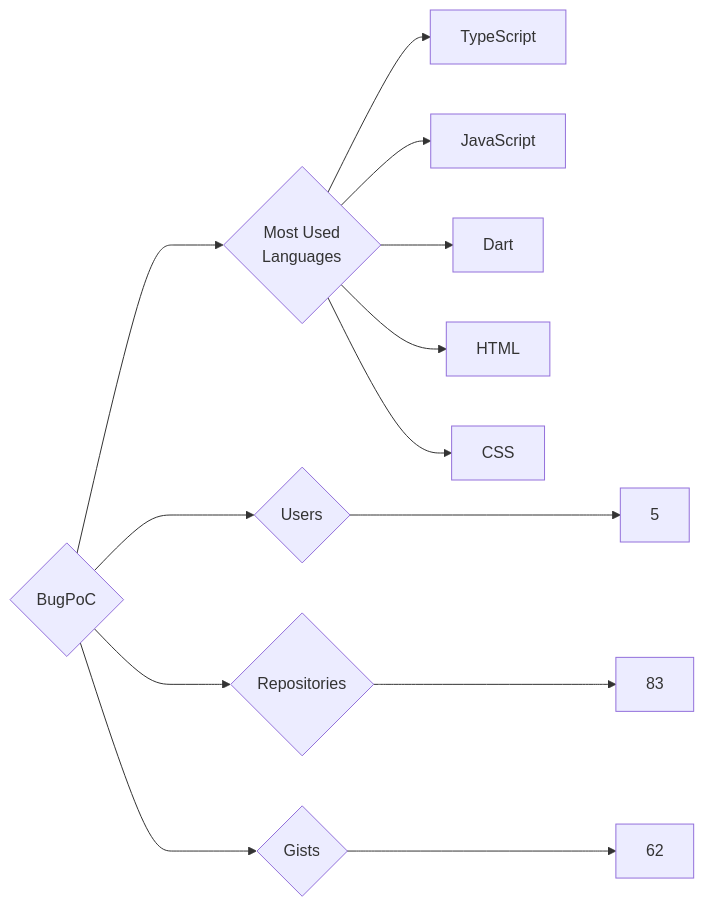
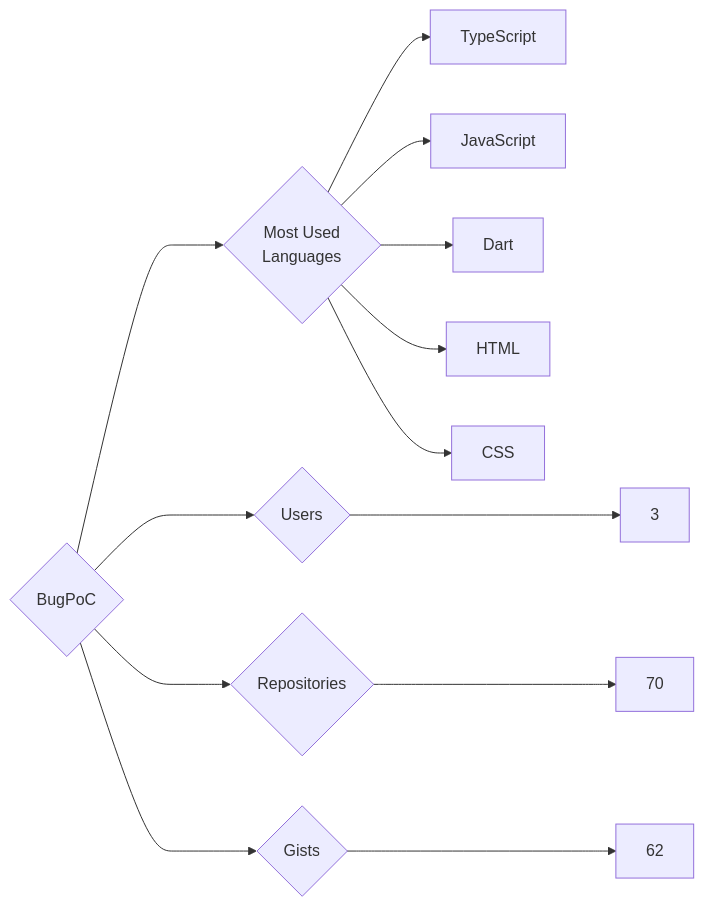
The diagram in targets/BugPoC/README.md (trickest/insiders), drawn with Mermaid before and after one commit. The commit also changed 1167 other files, not shown here.

````diff
--- a/targets/BugPoC/README.md
+++ b/targets/BugPoC/README.md
@@ -3,13 +3,13 @@
 ```mermaid
 graph LR
 COMPANY_NAME{BugPoC}
-COMPANY_NAME ---> U{Users} ---> UN[5]
-COMPANY_NAME ---> R{Repositories} ---> RN[83]
+COMPANY_NAME ---> U{Users} ---> UN[3]
+COMPANY_NAME ---> R{Repositories} ---> RN[70]
 COMPANY_NAME ---> G{Gists} ---> GN[62]
 COMPANY_NAME ---> ML{Most Used<br>Languages}
 ML --> TypeScript[TypeScript]
 ML --> JavaScript[JavaScript]
 ML --> Dart[Dart]
 ML --> HTML[HTML]
 ML --> CSS[CSS]
 ```
````
